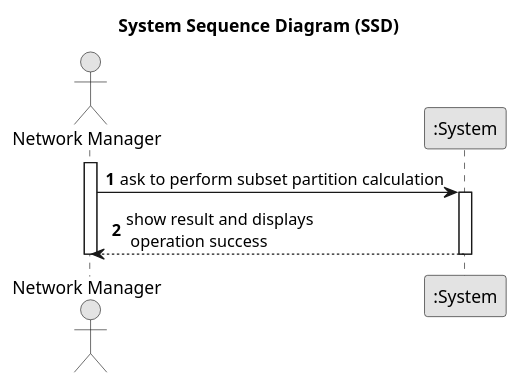
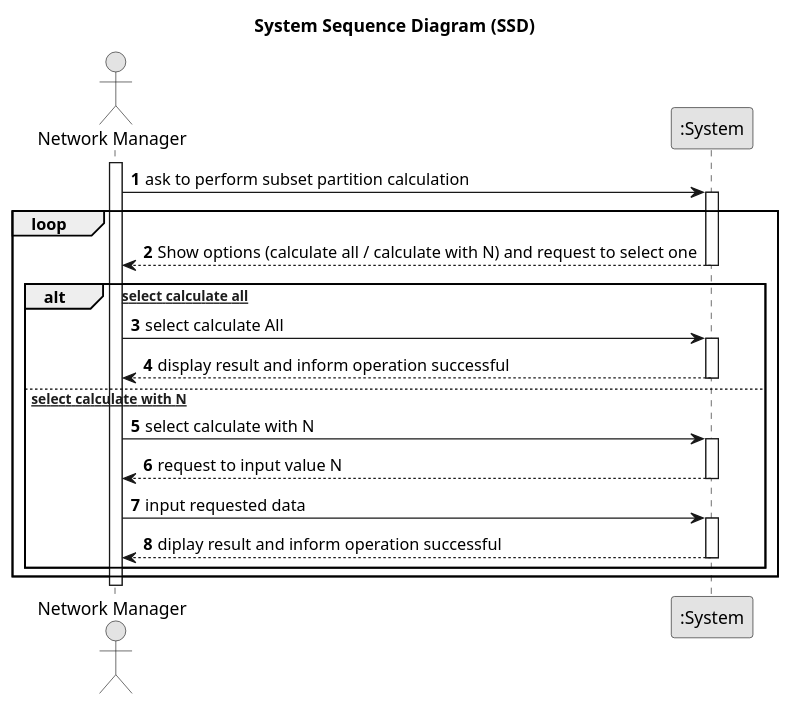
The diagram in lei-22-s2-1do-g68/docs/SprintD/us019/01.requirements-engineering/puml/us019-SystemSequenceDiagram.puml (hugosilva2901/lei-22-s2-1DO-g68), drawn with PlantUML before and after one commit. The commit also changed 6 other files, not shown here.

```diff
--- a/lei-22-s2-1do-g68/docs/SprintD/us019/01.requirements-engineering/puml/us019-SystemSequenceDiagram.puml
+++ b/lei-22-s2-1do-g68/docs/SprintD/us019/01.requirements-engineering/puml/us019-SystemSequenceDiagram.puml
@@ -1,24 +1,40 @@
 @startuml
 skinparam monochrome true
 skinparam packageStyle rectangle
 skinparam shadowing false
 
 title System Sequence Diagram (SSD)
 
 autonumber
 
 actor "Network Manager" as Employee
 participant ":System" as System
 
 activate Employee
 
     Employee -> System : ask to perform subset partition calculation
     activate System
-
-    System --> Employee : show result and displays\n operation success
+    loop
+    System --> Employee : Show options (calculate all / calculate with N) and request to select one
     deactivate System
+    alt [Employee select calculate all]
+    Employee -> System : select calculate All
+    activate System
+    System --> Employee : display result and inform operation successful
+    deactivate System
+    else [Employee select calculate with N]
+    Employee -> System : select calculate with N
+    activate System
+    System --> Employee : request to input value N
+    deactivate System
+    Employee -> System : input requested data
+    activate System
+    System -->Employee : diplay result and inform operation successful
+    deactivate System
+    end
+    end
 deactivate Employee
 
 
 
 @enduml
```
